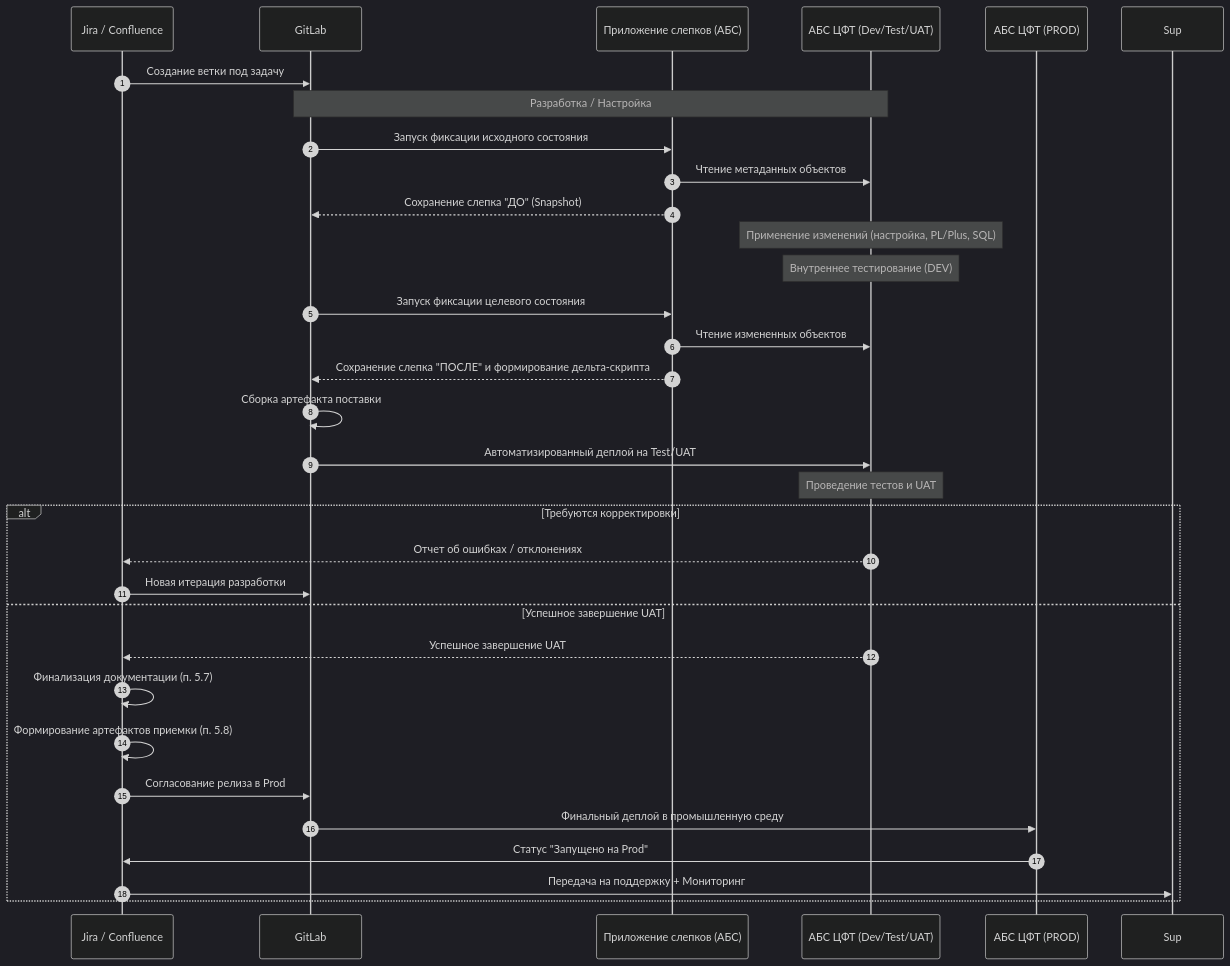
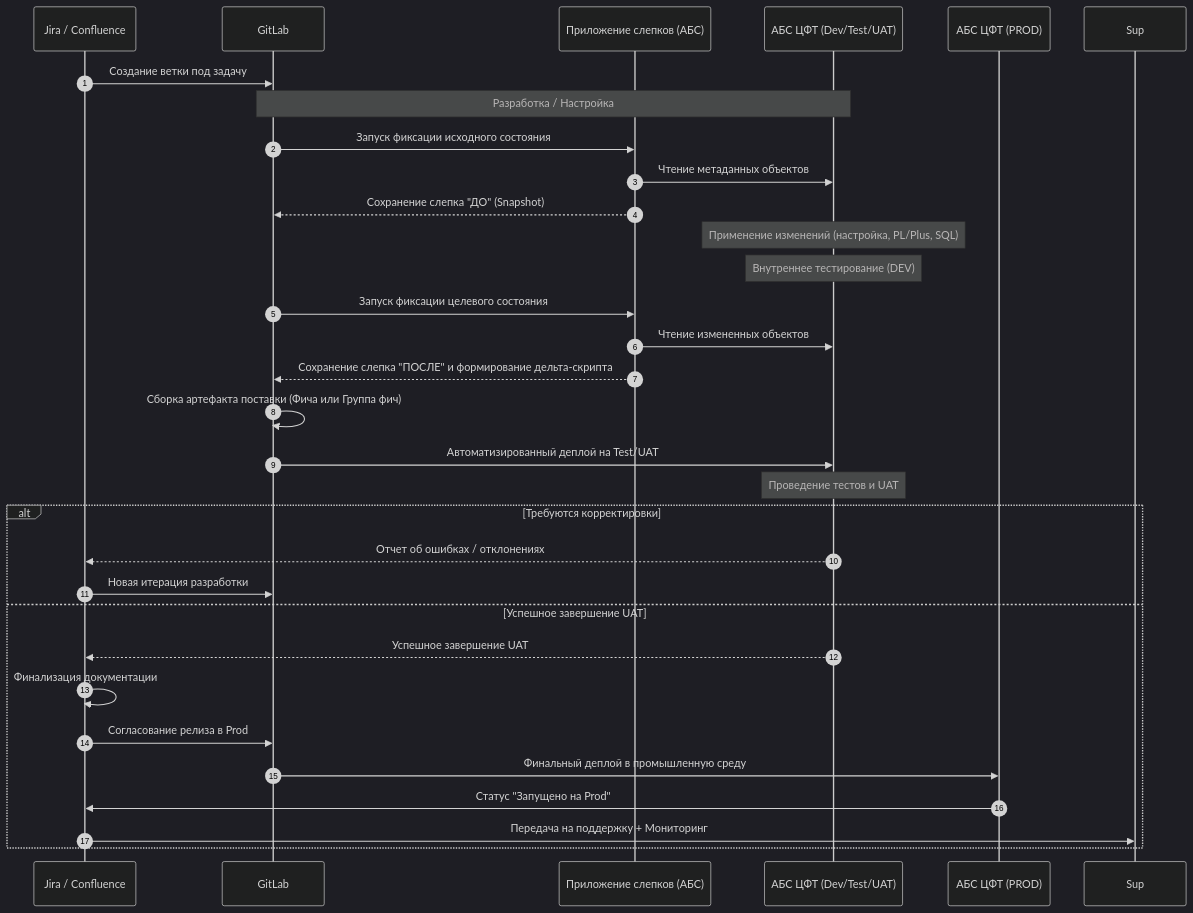
Before and after one commit to sergeygorbulko/cft_life_cycle_concept: the third of 5 diagrams in README.md, drawn with Mermaid (dark theme). The commit also changed other lines of this file, not shown here.

````diff
--- a/README.md
+++ b/README.md
@@ -259,41 +283,40 @@
 ```mermaid
 sequenceDiagram
     autonumber
     participant Jira as Jira / Confluence
     participant Git as GitLab
     participant App as Приложение слепков (АБС)
     participant ABS as АБС ЦФТ (Dev/Test/UAT)
     participant Prod as АБС ЦФТ (PROD)
 
     Jira->>Git: Создание ветки под задачу
     Note over ABS, Git: Разработка / Настройка
     Git->>App: Запуск фиксации исходного состояния
     App->>ABS: Чтение метаданных объектов
     App-->>Git: Сохранение слепка "ДО" (Snapshot)
     
     Note over ABS: Применение изменений (настройка, PL/Plus, SQL)
     
     Note over ABS: Внутреннее тестирование (DEV)
     
     Git->>App: Запуск фиксации целевого состояния
     App->>ABS: Чтение измененных объектов
     App-->>Git: Сохранение слепка "ПОСЛЕ" и формирование дельта-скрипта
     
-    Git->>Git: Сборка артефакта поставки
+    Git->>Git: Сборка артефакта поставки (Фича или Группа фич)
     Git->>ABS: Автоматизированный деплой на Test/UAT
     
     Note over ABS: Проведение тестов и UAT
     
     alt Требуются корректировки
         ABS-->>Jira: Отчет об ошибках / отклонениях
         Jira->>Git: Новая итерация разработки
     else Успешное завершение UAT
         ABS-->>Jira: Успешное завершение UAT
-        Jira->>Jira: Финализация документации (п. 5.7)
-        Jira->>Jira: Формирование артефактов приемки (п. 5.8)
+        Jira->>Jira: Финализация документации
         Jira->>Git: Согласование релиза в Prod
         Git->>Prod: Финальный деплой в промышленную среду
         Prod->>Jira: Статус "Запущено на Prod"
         Jira->>Sup: Передача на поддержку + Мониторинг
     end
 ```
````
